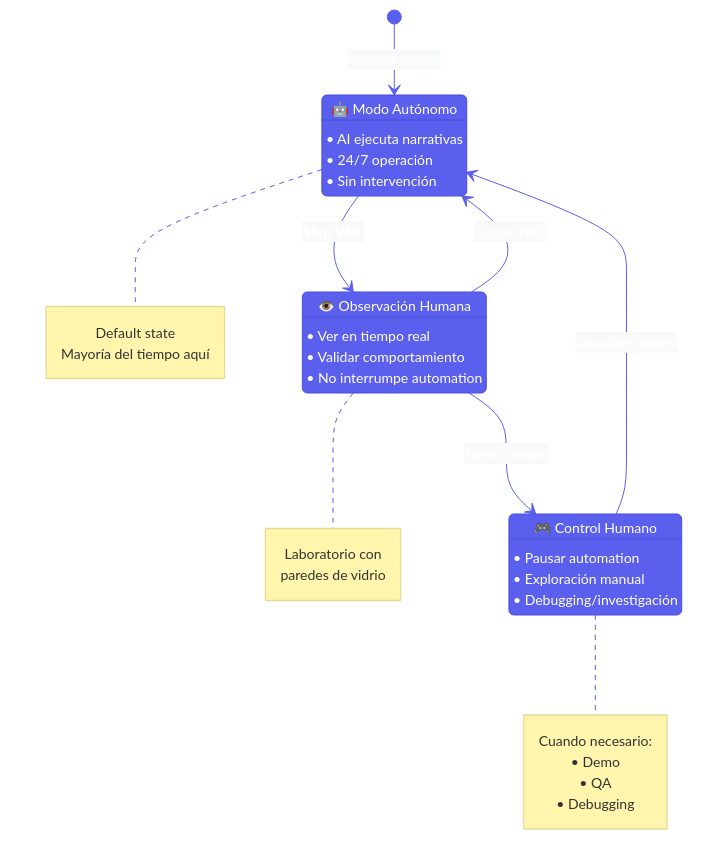
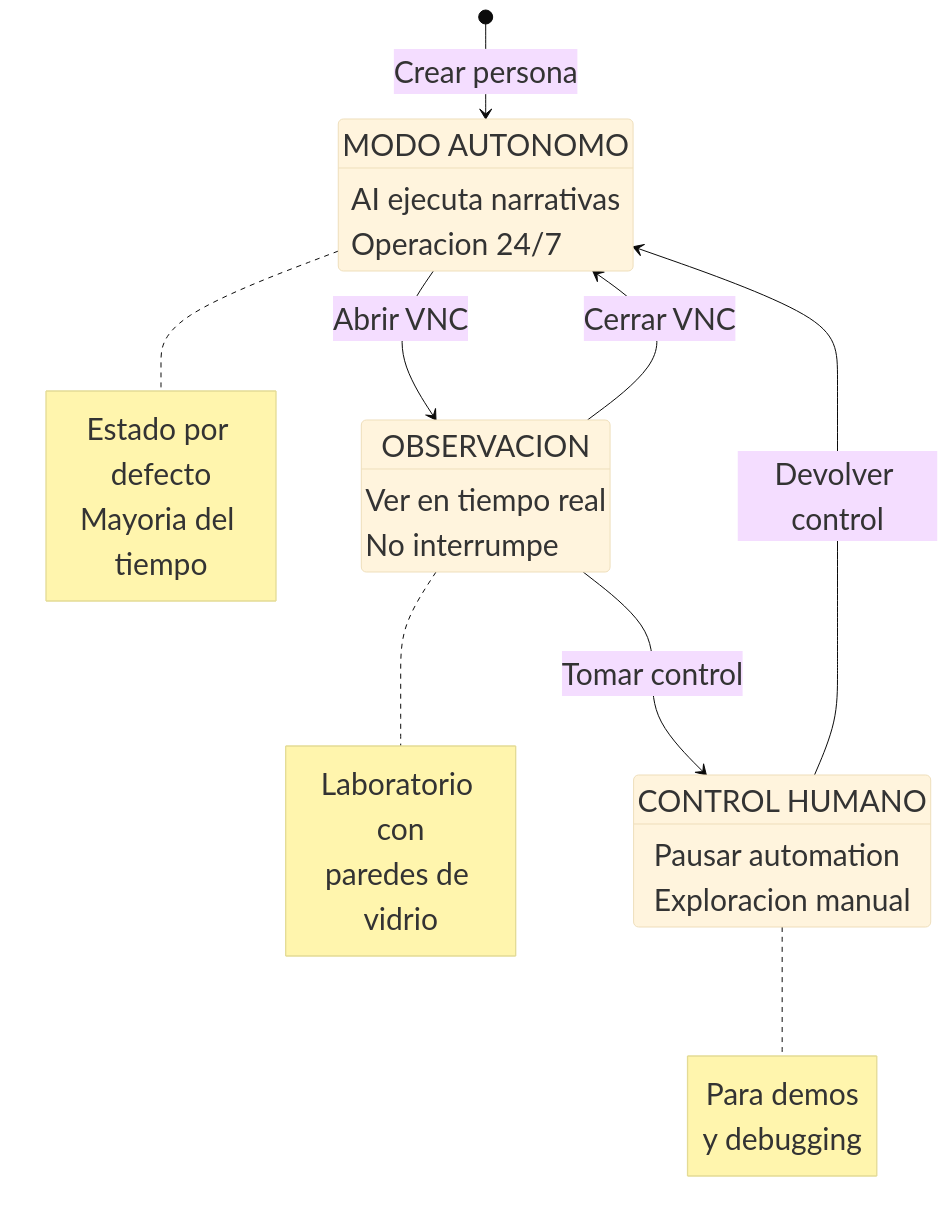
Before and after one commit to SeenkaMedia/persona: the diagram in docs/presentation/visuals/04_vnc_control.mmd, drawn with Mermaid. The commit also changed 14 other files, not shown here.

```diff
--- a/docs/presentation/visuals/04_vnc_control.mmd
+++ b/docs/presentation/visuals/04_vnc_control.mmd
@@ -1,43 +1,38 @@
-%%{init: {'theme':'base', 'themeVariables': { 'primaryColor':'#5B5FED','primaryTextColor':'#fff','primaryBorderColor':'#4A4DDB','lineColor':'#5B5FED','secondaryColor':'#F8F9FA','tertiaryColor':'#E8EAED','fontSize':'14px'}}}%%
+%%{init: {'theme':'base', 'themeVariables': { 'fontSize':'30px', 'fontFamily':'Lato, sans-serif'}}}%%
 
 stateDiagram-v2
-    [*] --> Autonomous: Persona creada
+    [*] --> Autonomous: Crear persona
 
-    Autonomous: 🤖 Modo Autónomo
-    Autonomous: • AI ejecuta narrativas
-    Autonomous: • 24/7 operación
-    Autonomous: • Sin intervención
+    Autonomous: MODO AUTONOMO
+    Autonomous: AI ejecuta narrativas
+    Autonomous: Operacion 24/7
 
     Autonomous --> Observing: Abrir VNC
 
-    Observing: 👁️ Observación Humana
-    Observing: • Ver en tiempo real
-    Observing: • Validar comportamiento
-    Observing: • No interrumpe automation
+    Observing: OBSERVACION
+    Observing: Ver en tiempo real
+    Observing: No interrumpe
 
     Observing --> Autonomous: Cerrar VNC
     Observing --> Controlling: Tomar control
 
-    Controlling: 🎮 Control Humano
-    Controlling: • Pausar automation
-    Controlling: • Exploración manual
-    Controlling: • Debugging/investigación
+    Controlling: CONTROL HUMANO
+    Controlling: Pausar automation
+    Controlling: Exploracion manual
 
     Controlling --> Autonomous: Devolver control
 
     note right of Autonomous
-        Default state
-        Mayoría del tiempo aquí
+        Estado por defecto
+        Mayoria del tiempo
     end note
 
     note right of Observing
         Laboratorio con
         paredes de vidrio
     end note
 
     note right of Controlling
-        Cuando necesario:
-        • Demo
-        • QA
-        • Debugging
+        Para demos
+        y debugging
     end note
```
